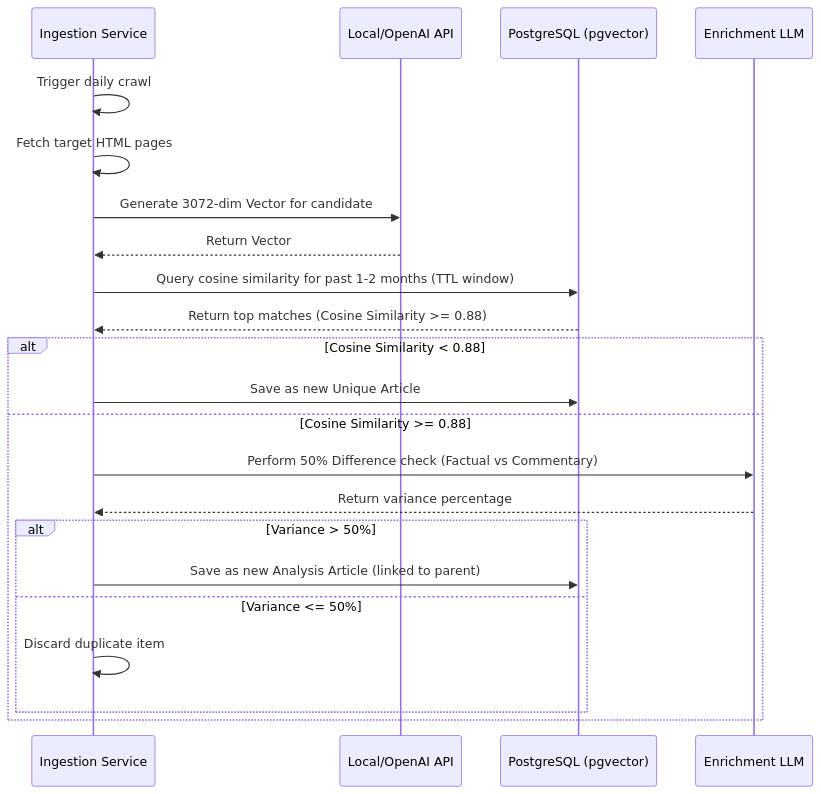
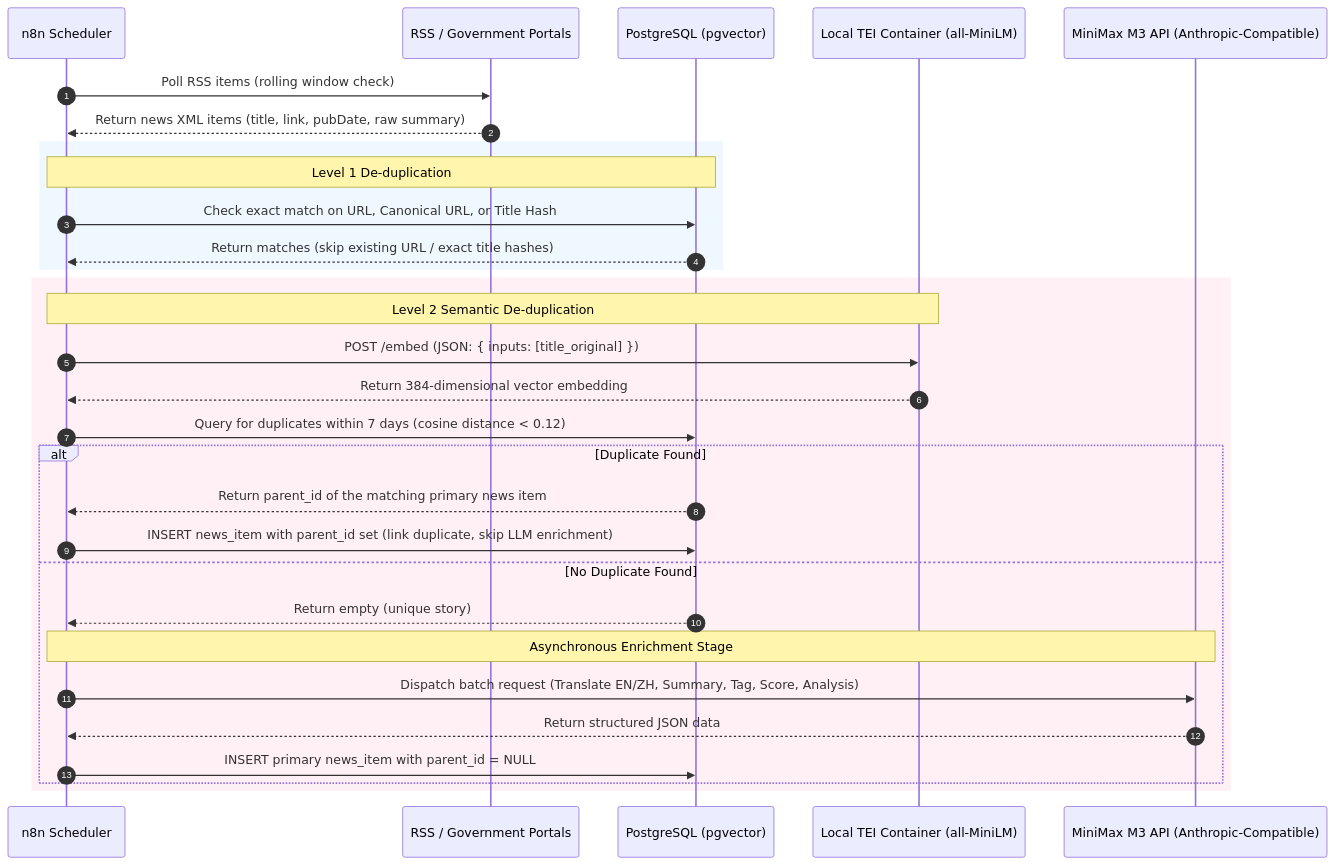
Before and after one commit to availlogic/immi_pulse: the second of 2 diagrams in docs/Architecture.md, drawn with Mermaid. The commit also changed other lines of this file and 232 other files, not shown here.

````diff
--- a/docs/Architecture.md
+++ b/docs/Architecture.md
@@ -76,26 +92,35 @@
 ```mermaid
 sequenceDiagram
-    participant Harvester as Ingestion Service
-    participant Embedding as Local/OpenAI API
+    autonumber
+    participant Cron as n8n Scheduler
+    participant Source as RSS / Government Portals
     participant DB as PostgreSQL (pgvector)
-    participant LLM as Enrichment LLM
+    participant TEI as Local TEI Container (all-MiniLM)
+    participant LLM as MiniMax M3 API (Anthropic-Compatible)
     
-    Harvester->>Harvester: Trigger daily crawl
-    Harvester->>Harvester: Fetch target HTML pages
-    Harvester->>Embedding: Generate 3072-dim Vector for candidate
-    Embedding-->>Harvester: Return Vector
-    Harvester->>DB: Query cosine similarity for past 1-2 months (TTL window)
-    DB-->>Harvester: Return top matches (Cosine Similarity >= 0.88)
+    Cron->>Source: Poll RSS items (rolling window check)
+    Source-->>Cron: Return news XML items (title, link, pubDate, raw summary)
     
-    alt Cosine Similarity < 0.88
-        Harvester->>DB: Save as new Unique Article
-    else Cosine Similarity >= 0.88
-        Harvester->>LLM: Perform 50% Difference check (Factual vs Commentary)
-        LLM-->>Harvester: Return variance percentage
-        alt Variance > 50%
-            Harvester->>DB: Save as new Analysis Article (linked to parent)
-        else Variance <= 50%
-            Harvester->>Harvester: Discard duplicate item
-        end
+    rect rgb(240, 248, 255)
+    Note over Cron, DB: Level 1 De-duplication
+    Cron->>DB: Check exact match on URL, Canonical URL, or Title Hash
+    DB-->>Cron: Return matches (skip existing URL / exact title hashes)
+    end
+    
+    rect rgb(255, 240, 245)
+    Note over Cron, TEI: Level 2 Semantic De-duplication
+    Cron->>TEI: POST /embed (JSON: { inputs: [title_original] })
+    TEI-->>Cron: Return 384-dimensional vector embedding
+    Cron->>DB: Query for duplicates within 7 days (cosine distance < 0.12)
+    alt Duplicate Found
+        DB-->>Cron: Return parent_id of the matching primary news item
+        Cron->>DB: INSERT news_item with parent_id set (link duplicate, skip LLM enrichment)
+    else No Duplicate Found
+        DB-->>Cron: Return empty (unique story)
+        Note over Cron, LLM: Asynchronous Enrichment Stage
+        Cron->>LLM: Dispatch batch request (Translate EN/ZH, Summary, Tag, Score, Analysis)
+        LLM-->>Cron: Return structured JSON data
+        Cron->>DB: INSERT primary news_item with parent_id = NULL
+    end
     end
 ```
````
